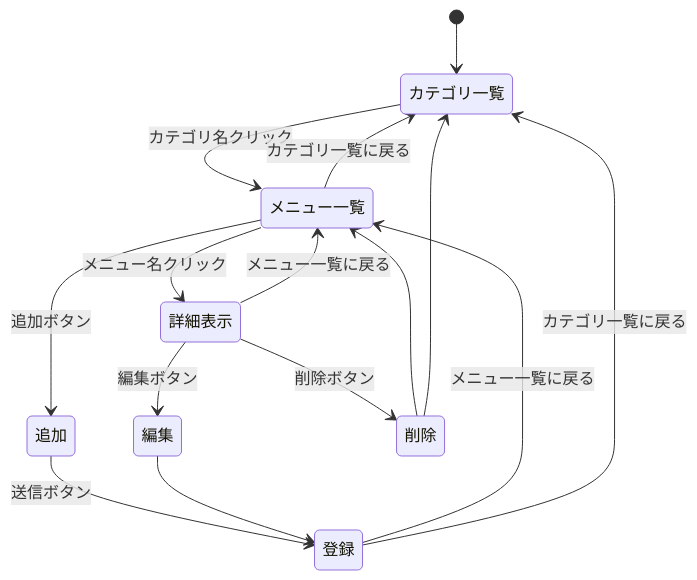
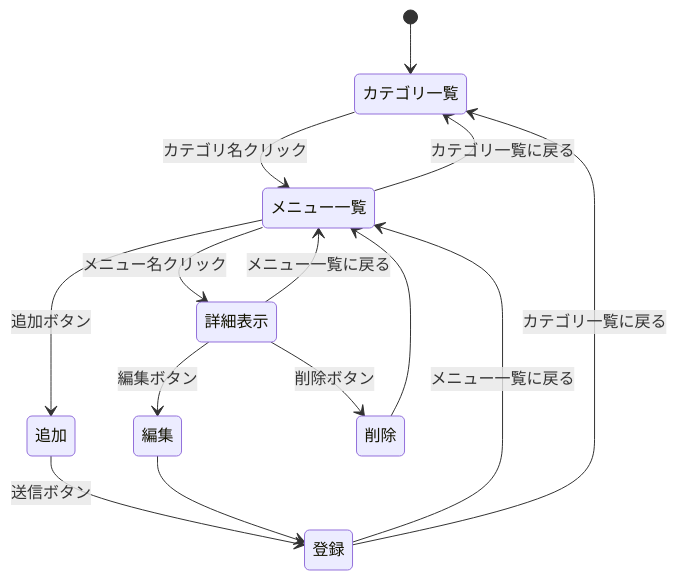
Before and after one commit to tsubutsubu00/webpro_06: the second of 3 diagrams in spec.md, drawn with Mermaid. The commit also changed other lines of this file and 62 other files, not shown here.

````diff
--- a/spec.md
+++ b/spec.md
@@ -85,23 +74,22 @@
 ```mermaid
 stateDiagram-v2
     [*] --> カテゴリ一覧
     カテゴリ一覧 --> メニュー一覧: カテゴリ名クリック
     メニュー一覧 --> カテゴリ一覧: カテゴリ一覧に戻る
     
     メニュー一覧 --> 詳細表示: メニュー名クリック
     メニュー一覧 --> 追加: 追加ボタン
 
     詳細表示 --> 編集: 編集ボタン
     詳細表示 --> 削除: 削除ボタン
     詳細表示 --> メニュー一覧: メニュー一覧に戻る
 
     追加 --> 登録: 送信ボタン
     編集 --> 登録
 
     登録 --> メニュー一覧: メニュー一覧に戻る
     登録 --> カテゴリ一覧: カテゴリ一覧に戻る
     
     削除 --> メニュー一覧
-    削除 --> カテゴリ一覧
 
 ```
````
